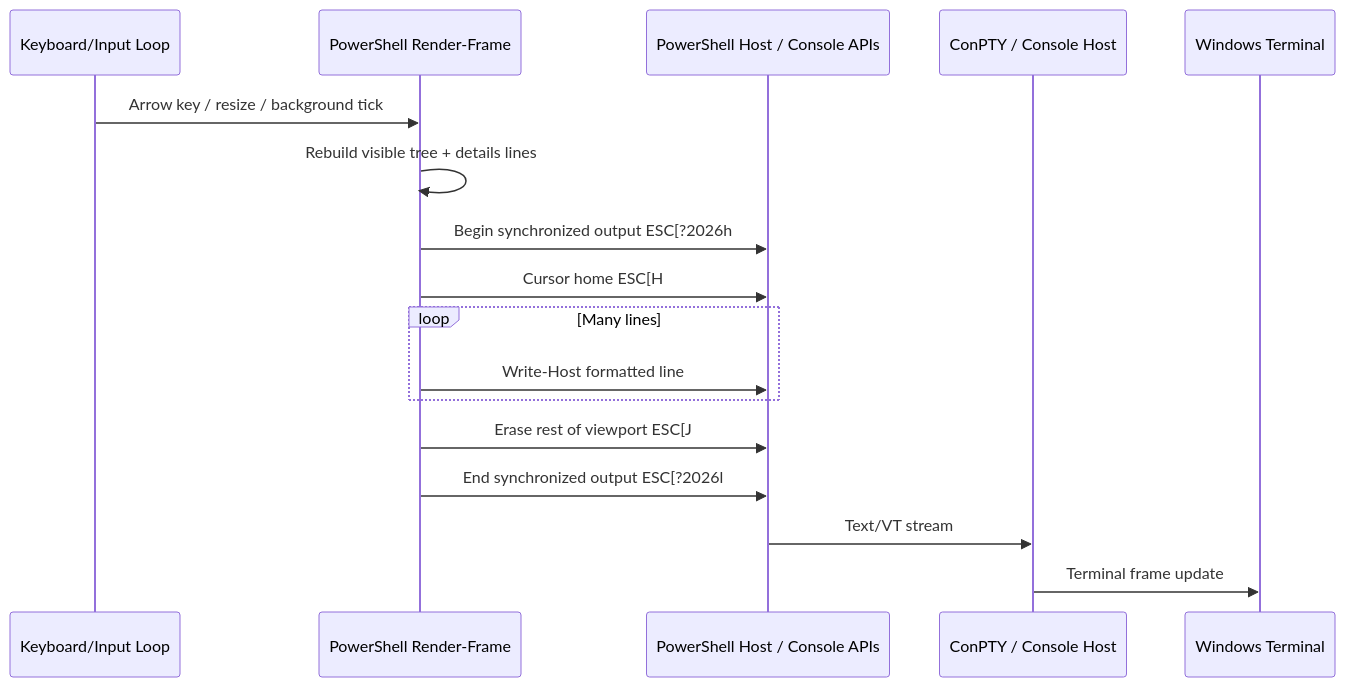
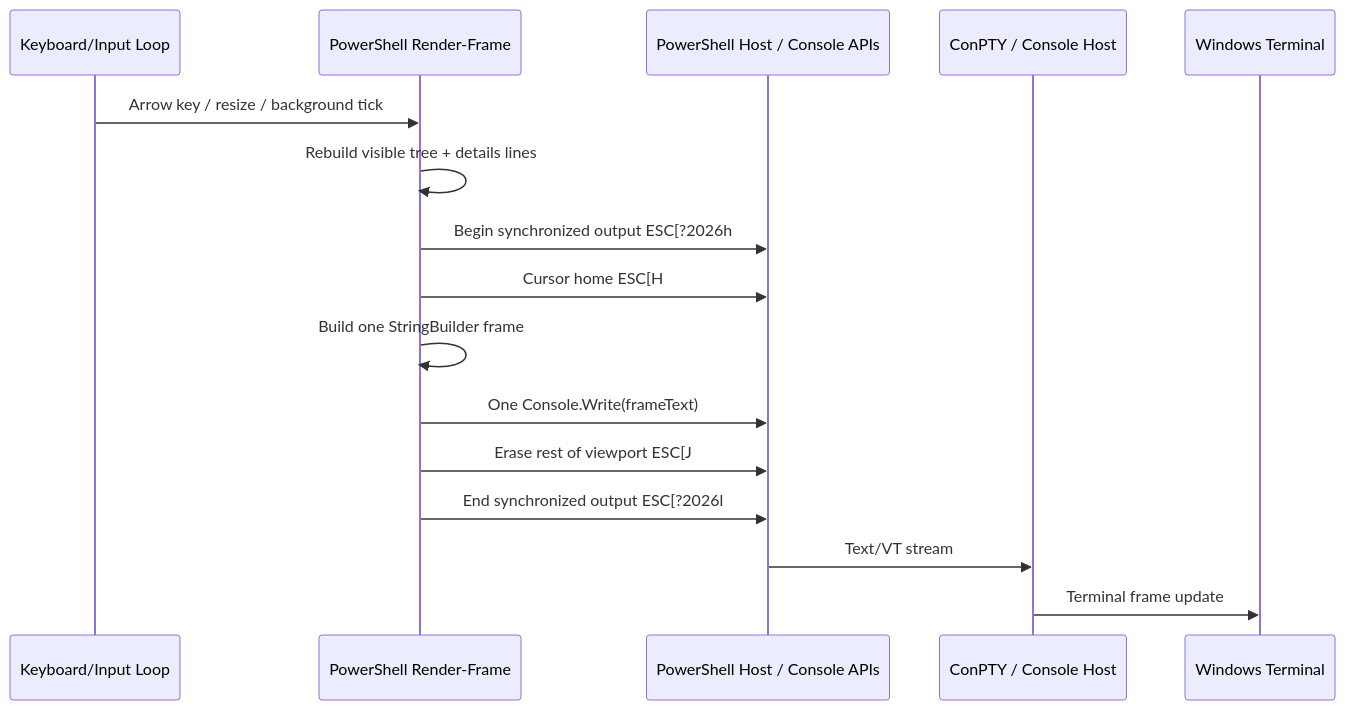
One commit to joty79/DeviceCheck changed the diagram in docs/TUI_Render_Performance_Limits.md. Above: the diagram before and after it, drawn with Mermaid. The commit also changed other lines of this file and 4 other files, not shown here.

````diff
--- a/docs/TUI_Render_Performance_Limits.md
+++ b/docs/TUI_Render_Performance_Limits.md
@@ -26,20 +33,19 @@
 ```mermaid
 sequenceDiagram
     participant Key as Keyboard/Input Loop
     participant PS as PowerShell Render-Frame
     participant Host as PowerShell Host / Console APIs
     participant ConPTY as ConPTY / Console Host
     participant WT as Windows Terminal
 
     Key->>PS: Arrow key / resize / background tick
     PS->>PS: Rebuild visible tree + details lines
     PS->>Host: Begin synchronized output ESC[?2026h
     PS->>Host: Cursor home ESC[H
-    loop Many lines
-        PS->>Host: Write-Host formatted line
-    end
+    PS->>PS: Build one StringBuilder frame
+    PS->>Host: One Console.Write(frameText)
     PS->>Host: Erase rest of viewport ESC[J
     PS->>Host: End synchronized output ESC[?2026l
     Host->>ConPTY: Text/VT stream
     ConPTY->>WT: Terminal frame update
 ```
````
